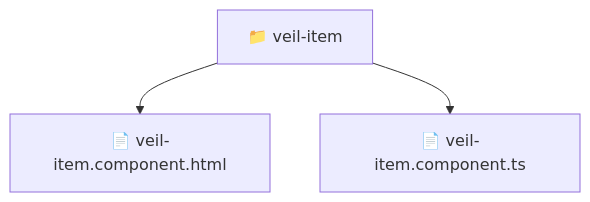
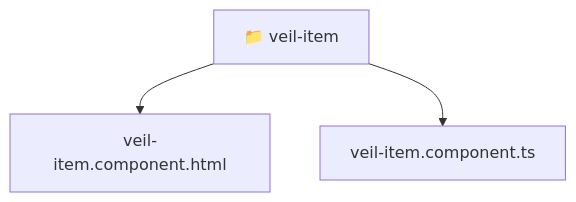
One commit to beginwebdev2002/fullstack-mavluda changed the diagram in frontend/src/pages/veil/ui/veil-item/README.md. Above: the diagram before and after it, drawn with Mermaid. The commit also changed other lines of this file and 167 other files, not shown here.

````diff
--- a/frontend/src/pages/veil/ui/veil-item/README.md
+++ b/frontend/src/pages/veil/ui/veil-item/README.md
@@ -11,6 +11,8 @@
 ```mermaid
 graph TD
-  Root["📁 veil-item"]
-  Root --> veil_item_component_html["📄 veil-item.component.html"]
-  Root --> veil_item_component_ts["📄 veil-item.component.ts"]
+  Root_veil_item["📁 veil-item"]
+  f_veil_item_component_html["veil-item.component.html"]
+  Root_veil_item --> f_veil_item_component_html
+  f_veil_item_component_ts["veil-item.component.ts"]
+  Root_veil_item --> f_veil_item_component_ts
 ```
````
